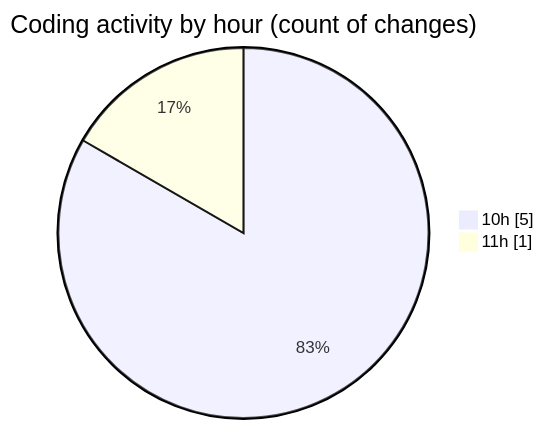
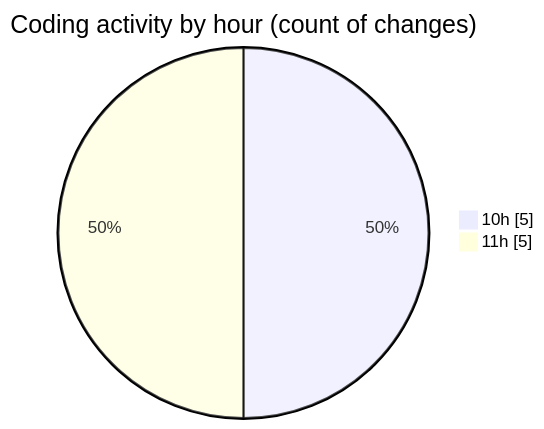
The second of 2 diagrams in 2025-08-11/nxtqube_webapp/README.md (nxtqubesakshisongat/code-tracking), drawn with Mermaid before and after one commit. The commit also changed other lines of this file and 1 other file, not shown here.

````diff
--- a/2025-08-11/nxtqube_webapp/README.md
+++ b/2025-08-11/nxtqube_webapp/README.md
@@ -29,6 +29,6 @@
 ```mermaid
 pie showData
 title Coding activity by hour (count of changes)
 "10h" : 5
-"11h" : 1
+"11h" : 5
 ```
````
